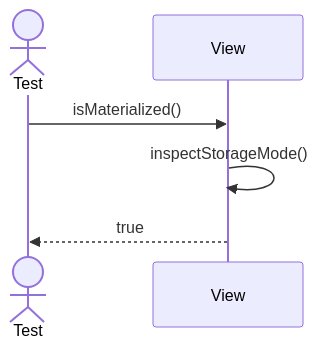
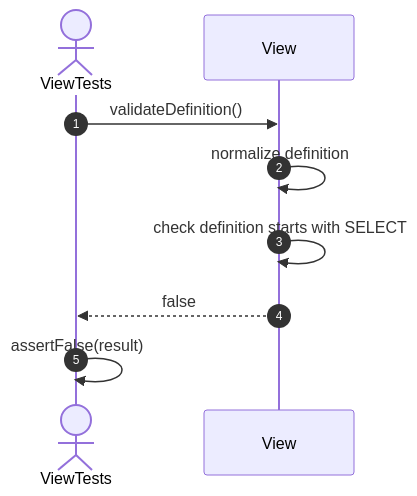
One commit to FhuAnn/-bbv-AN-s-DBMS changed the ninth of 21 diagrams in src/tests/unit/metadata/sequences/view-testing.se.md. Above: the diagram before and after it, drawn with Mermaid. The commit also changed other lines of this file and 60 other files, not shown here.

````diff
--- a/src/tests/unit/metadata/sequences/view-testing.se.md
+++ b/src/tests/unit/metadata/sequences/view-testing.se.md
@@ -131,9 +146,13 @@
 ```mermaid
 sequenceDiagram
-actor Test
-participant View
+    autonumber
+    actor Test as ViewTests
+    participant View as View
 
-Test->>View: isMaterialized()
-View->>View: inspectStorageMode()
-View-->>Test: true
+    Test->>View: validateDefinition()
+    View->>View: normalize definition
+    View->>View: check definition starts with SELECT
+    View-->>Test: false
+
+    Test->>Test: assertFalse(result)
 ```
````
